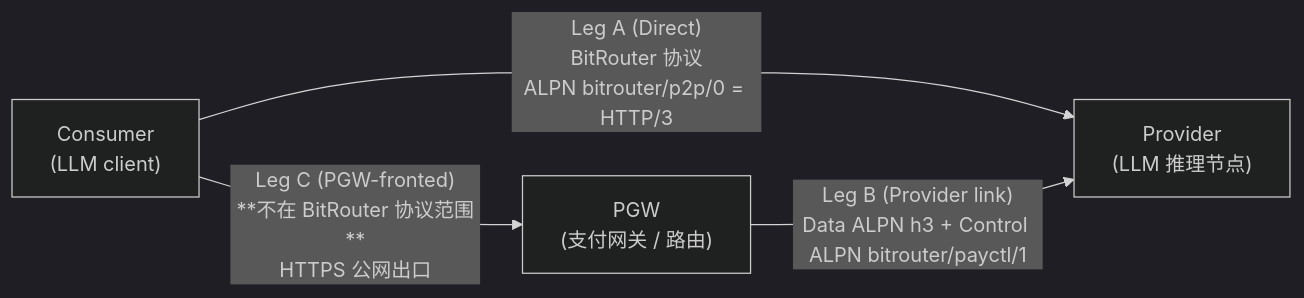
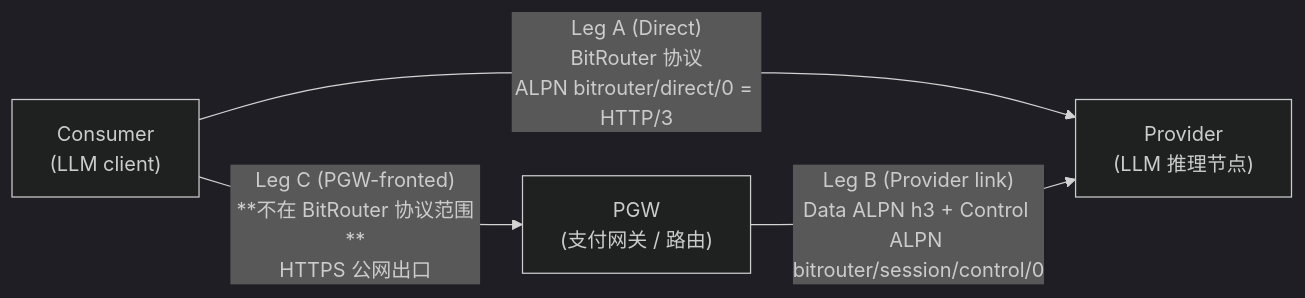
The second of 7 diagrams in specs/p2p/003-l3-design.md (bitrouter/bitrouter), drawn with Mermaid (dark theme) before and after one commit. The commit also changed other lines of this file and 18 other files, not shown here.

````diff
--- a/specs/p2p/003-l3-design.md
+++ b/specs/p2p/003-l3-design.md
@@ -72,10 +72,10 @@
 ```mermaid
 flowchart LR
     Consumer["Consumer<br/>(LLM client)"]
     Provider["Provider<br/>(LLM 推理节点)"]
     PGW["PGW<br/>(支付网关 / 路由)"]
 
-    Consumer -- "Leg A (Direct)<br/>BitRouter 协议<br/>ALPN bitrouter/p2p/0 = HTTP/3" --> Provider
+    Consumer -- "Leg A (Direct)<br/>BitRouter 协议<br/>ALPN bitrouter/direct/0 = HTTP/3" --> Provider
     Consumer -- "Leg C (PGW-fronted)<br/>**不在 BitRouter 协议范围**<br/>HTTPS 公网出口" --> PGW
-    PGW      -- "Leg B (Provider link)<br/>Data ALPN h3 + Control ALPN bitrouter/payctl/1" --> Provider
+    PGW      -- "Leg B (Provider link)<br/>Data ALPN h3 + Control ALPN bitrouter/session/control/0" --> Provider
 ```
````
